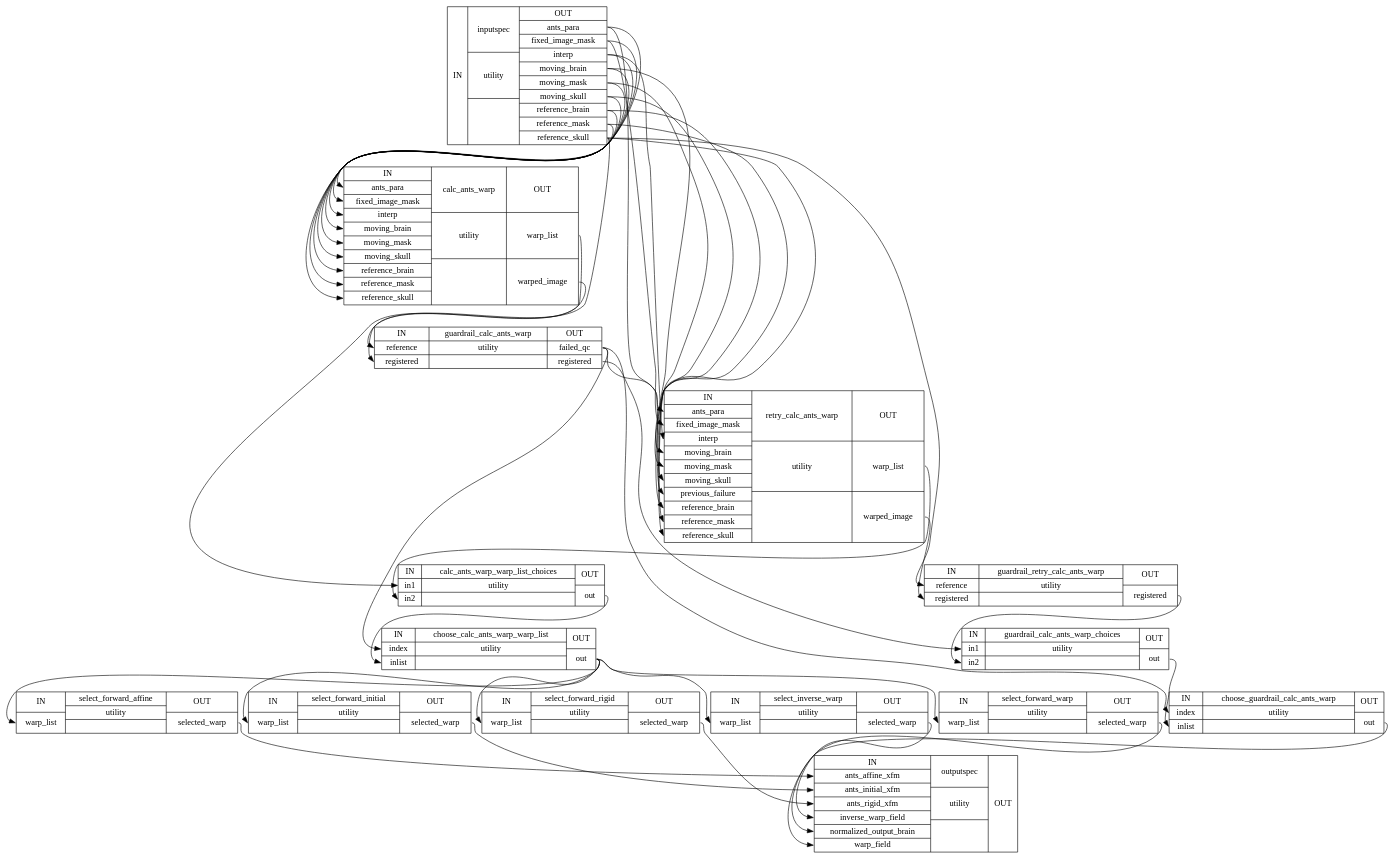
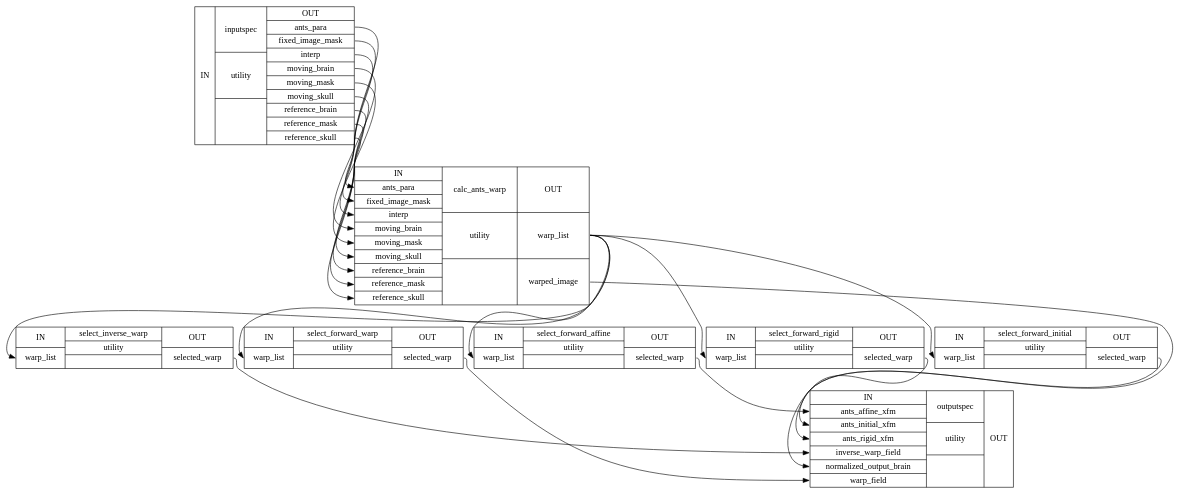
One commit to shnizzedy/fcp-indi.github.io changed the diagram in docs/nightly/developer/workflows/images/generated/calculate_ants_warp_detailed.dot. Above: the diagram before and after it, drawn with Graphviz. The commit also changed 46 other files, not shown here.

```diff
--- a/docs/nightly/developer/workflows/images/generated/calculate_ants_warp_detailed.dot
+++ b/docs/nightly/developer/workflows/images/generated/calculate_ants_warp_detailed.dot
@@ -1,60 +1,31 @@
 digraph structs {
 node [shape=record];
 "create_wf_calculate_ants_warpinputspec" [label="{IN}|{ inputspec | utility |  }|{OUT|<outantspara> ants_para|<outfixedimagemask> fixed_image_mask|<outinterp> interp|<outmovingbrain> moving_brain|<outmovingmask> moving_mask|<outmovingskull> moving_skull|<outreferencebrain> reference_brain|<outreferencemask> reference_mask|<outreferenceskull> reference_skull}"];
 "create_wf_calculate_ants_warpcalc_ants_warp" [label="{IN|<inantspara> ants_para|<infixedimagemask> fixed_image_mask|<ininterp> interp|<inmovingbrain> moving_brain|<inmovingmask> moving_mask|<inmovingskull> moving_skull|<inreferencebrain> reference_brain|<inreferencemask> reference_mask|<inreferenceskull> reference_skull}|{ calc_ants_warp | utility |  }|{OUT|<outwarplist> warp_list|<outwarpedimage> warped_image}"];
-"create_wf_calculate_ants_warpguardrail_calc_ants_warp" [label="{IN|<inreference> reference|<inregistered> registered}|{ guardrail_calc_ants_warp | utility |  }|{OUT|<outfailedqc> failed_qc|<outregistered> registered}"];
-"create_wf_calculate_ants_warpretry_calc_ants_warp" [label="{IN|<inantspara> ants_para|<infixedimagemask> fixed_image_mask|<ininterp> interp|<inmovingbrain> moving_brain|<inmovingmask> moving_mask|<inmovingskull> moving_skull|<inpreviousfailure> previous_failure|<inreferencebrain> reference_brain|<inreferencemask> reference_mask|<inreferenceskull> reference_skull}|{ retry_calc_ants_warp | utility |  }|{OUT|<outwarplist> warp_list|<outwarpedimage> warped_image}"];
-"create_wf_calculate_ants_warpcalc_ants_warp_warp_list_choices" [label="{IN|<inin1> in1|<inin2> in2}|{ calc_ants_warp_warp_list_choices | utility |  }|{OUT|<outout> out}"];
-"create_wf_calculate_ants_warpchoose_calc_ants_warp_warp_list" [label="{IN|<inindex> index|<ininlist> inlist}|{ choose_calc_ants_warp_warp_list | utility |  }|{OUT|<outout> out}"];
 "create_wf_calculate_ants_warpselect_inverse_warp" [label="{IN|<inwarplist> warp_list}|{ select_inverse_warp | utility |  }|{OUT|<outselectedwarp> selected_warp}"];
 "create_wf_calculate_ants_warpselect_forward_warp" [label="{IN|<inwarplist> warp_list}|{ select_forward_warp | utility |  }|{OUT|<outselectedwarp> selected_warp}"];
 "create_wf_calculate_ants_warpselect_forward_affine" [label="{IN|<inwarplist> warp_list}|{ select_forward_affine | utility |  }|{OUT|<outselectedwarp> selected_warp}"];
 "create_wf_calculate_ants_warpselect_forward_rigid" [label="{IN|<inwarplist> warp_list}|{ select_forward_rigid | utility |  }|{OUT|<outselectedwarp> selected_warp}"];
 "create_wf_calculate_ants_warpselect_forward_initial" [label="{IN|<inwarplist> warp_list}|{ select_forward_initial | utility |  }|{OUT|<outselectedwarp> selected_warp}"];
-"create_wf_calculate_ants_warpguardrail_retry_calc_ants_warp" [label="{IN|<inreference> reference|<inregistered> registered}|{ guardrail_retry_calc_ants_warp | utility |  }|{OUT|<outregistered> registered}"];
-"create_wf_calculate_ants_warpguardrail_calc_ants_warp_choices" [label="{IN|<inin1> in1|<inin2> in2}|{ guardrail_calc_ants_warp_choices | utility |  }|{OUT|<outout> out}"];
-"create_wf_calculate_ants_warpchoose_guardrail_calc_ants_warp" [label="{IN|<inindex> index|<ininlist> inlist}|{ choose_guardrail_calc_ants_warp | utility |  }|{OUT|<outout> out}"];
 "create_wf_calculate_ants_warpoutputspec" [label="{IN|<inantsaffinexfm> ants_affine_xfm|<inantsinitialxfm> ants_initial_xfm|<inantsrigidxfm> ants_rigid_xfm|<ininversewarpfield> inverse_warp_field|<innormalizedoutputbrain> normalized_output_brain|<inwarpfield> warp_field}|{ outputspec | utility |  }|{OUT}"];
-"create_wf_calculate_ants_warpcalc_ants_warp":"outwarpedimage":e -> "create_wf_calculate_ants_warpguardrail_calc_ants_warp":"inregistered":w;
-"create_wf_calculate_ants_warpcalc_ants_warp":"outwarplist":e -> "create_wf_calculate_ants_warpcalc_ants_warp_warp_list_choices":"inin1":w;
-"create_wf_calculate_ants_warpcalc_ants_warp_warp_list_choices":"outout":e -> "create_wf_calculate_ants_warpchoose_calc_ants_warp_warp_list":"ininlist":w;
-"create_wf_calculate_ants_warpchoose_calc_ants_warp_warp_list":"outout":e -> "create_wf_calculate_ants_warpselect_forward_affine":"inwarplist":w;
-"create_wf_calculate_ants_warpchoose_calc_ants_warp_warp_list":"outout":e -> "create_wf_calculate_ants_warpselect_forward_initial":"inwarplist":w;
-"create_wf_calculate_ants_warpchoose_calc_ants_warp_warp_list":"outout":e -> "create_wf_calculate_ants_warpselect_forward_rigid":"inwarplist":w;
-"create_wf_calculate_ants_warpchoose_calc_ants_warp_warp_list":"outout":e -> "create_wf_calculate_ants_warpselect_forward_warp":"inwarplist":w;
-"create_wf_calculate_ants_warpchoose_calc_ants_warp_warp_list":"outout":e -> "create_wf_calculate_ants_warpselect_inverse_warp":"inwarplist":w;
-"create_wf_calculate_ants_warpchoose_guardrail_calc_ants_warp":"outout":e -> "create_wf_calculate_ants_warpoutputspec":"innormalizedoutputbrain":w;
-"create_wf_calculate_ants_warpguardrail_calc_ants_warp":"outfailedqc":e -> "create_wf_calculate_ants_warpchoose_calc_ants_warp_warp_list":"inindex":w;
-"create_wf_calculate_ants_warpguardrail_calc_ants_warp":"outfailedqc":e -> "create_wf_calculate_ants_warpchoose_guardrail_calc_ants_warp":"inindex":w;
-"create_wf_calculate_ants_warpguardrail_calc_ants_warp":"outfailedqc":e -> "create_wf_calculate_ants_warpretry_calc_ants_warp":"inpreviousfailure":w;
-"create_wf_calculate_ants_warpguardrail_calc_ants_warp":"outregistered":e -> "create_wf_calculate_ants_warpguardrail_calc_ants_warp_choices":"inin1":w;
-"create_wf_calculate_ants_warpguardrail_calc_ants_warp_choices":"outout":e -> "create_wf_calculate_ants_warpchoose_guardrail_calc_ants_warp":"ininlist":w;
-"create_wf_calculate_ants_warpguardrail_retry_calc_ants_warp":"outregistered":e -> "create_wf_calculate_ants_warpguardrail_calc_ants_warp_choices":"inin2":w;
+"create_wf_calculate_ants_warpcalc_ants_warp":"outwarpedimage":e -> "create_wf_calculate_ants_warpoutputspec":"innormalizedoutputbrain":w;
+"create_wf_calculate_ants_warpcalc_ants_warp":"outwarplist":e -> "create_wf_calculate_ants_warpselect_forward_affine":"inwarplist":w;
+"create_wf_calculate_ants_warpcalc_ants_warp":"outwarplist":e -> "create_wf_calculate_ants_warpselect_forward_initial":"inwarplist":w;
+"create_wf_calculate_ants_warpcalc_ants_warp":"outwarplist":e -> "create_wf_calculate_ants_warpselect_forward_rigid":"inwarplist":w;
+"create_wf_calculate_ants_warpcalc_ants_warp":"outwarplist":e -> "create_wf_calculate_ants_warpselect_forward_warp":"inwarplist":w;
+"create_wf_calculate_ants_warpcalc_ants_warp":"outwarplist":e -> "create_wf_calculate_ants_warpselect_inverse_warp":"inwarplist":w;
 "create_wf_calculate_ants_warpinputspec":"outantspara":e -> "create_wf_calculate_ants_warpcalc_ants_warp":"inantspara":w;
-"create_wf_calculate_ants_warpinputspec":"outantspara":e -> "create_wf_calculate_ants_warpretry_calc_ants_warp":"inantspara":w;
 "create_wf_calculate_ants_warpinputspec":"outfixedimagemask":e -> "create_wf_calculate_ants_warpcalc_ants_warp":"infixedimagemask":w;
-"create_wf_calculate_ants_warpinputspec":"outfixedimagemask":e -> "create_wf_calculate_ants_warpretry_calc_ants_warp":"infixedimagemask":w;
 "create_wf_calculate_ants_warpinputspec":"outinterp":e -> "create_wf_calculate_ants_warpcalc_ants_warp":"ininterp":w;
-"create_wf_calculate_ants_warpinputspec":"outinterp":e -> "create_wf_calculate_ants_warpretry_calc_ants_warp":"ininterp":w;
 "create_wf_calculate_ants_warpinputspec":"outmovingbrain":e -> "create_wf_calculate_ants_warpcalc_ants_warp":"inmovingbrain":w;
-"create_wf_calculate_ants_warpinputspec":"outmovingbrain":e -> "create_wf_calculate_ants_warpretry_calc_ants_warp":"inmovingbrain":w;
 "create_wf_calculate_ants_warpinputspec":"outmovingmask":e -> "create_wf_calculate_ants_warpcalc_ants_warp":"inmovingmask":w;
-"create_wf_calculate_ants_warpinputspec":"outmovingmask":e -> "create_wf_calculate_ants_warpretry_calc_ants_warp":"inmovingmask":w;
 "create_wf_calculate_ants_warpinputspec":"outmovingskull":e -> "create_wf_calculate_ants_warpcalc_ants_warp":"inmovingskull":w;
-"create_wf_calculate_ants_warpinputspec":"outmovingskull":e -> "create_wf_calculate_ants_warpretry_calc_ants_warp":"inmovingskull":w;
 "create_wf_calculate_ants_warpinputspec":"outreferencebrain":e -> "create_wf_calculate_ants_warpcalc_ants_warp":"inreferencebrain":w;
-"create_wf_calculate_ants_warpinputspec":"outreferencebrain":e -> "create_wf_calculate_ants_warpretry_calc_ants_warp":"inreferencebrain":w;
 "create_wf_calculate_ants_warpinputspec":"outreferencemask":e -> "create_wf_calculate_ants_warpcalc_ants_warp":"inreferencemask":w;
-"create_wf_calculate_ants_warpinputspec":"outreferencemask":e -> "create_wf_calculate_ants_warpretry_calc_ants_warp":"inreferencemask":w;
 "create_wf_calculate_ants_warpinputspec":"outreferenceskull":e -> "create_wf_calculate_ants_warpcalc_ants_warp":"inreferenceskull":w;
-"create_wf_calculate_ants_warpinputspec":"outreferenceskull":e -> "create_wf_calculate_ants_warpguardrail_calc_ants_warp":"inreference":w;
-"create_wf_calculate_ants_warpinputspec":"outreferenceskull":e -> "create_wf_calculate_ants_warpguardrail_retry_calc_ants_warp":"inreference":w;
-"create_wf_calculate_ants_warpinputspec":"outreferenceskull":e -> "create_wf_calculate_ants_warpretry_calc_ants_warp":"inreferenceskull":w;
-"create_wf_calculate_ants_warpretry_calc_ants_warp":"outwarpedimage":e -> "create_wf_calculate_ants_warpguardrail_retry_calc_ants_warp":"inregistered":w;
-"create_wf_calculate_ants_warpretry_calc_ants_warp":"outwarplist":e -> "create_wf_calculate_ants_warpcalc_ants_warp_warp_list_choices":"inin2":w;
 "create_wf_calculate_ants_warpselect_forward_affine":"outselectedwarp":e -> "create_wf_calculate_ants_warpoutputspec":"inantsaffinexfm":w;
 "create_wf_calculate_ants_warpselect_forward_initial":"outselectedwarp":e -> "create_wf_calculate_ants_warpoutputspec":"inantsinitialxfm":w;
 "create_wf_calculate_ants_warpselect_forward_rigid":"outselectedwarp":e -> "create_wf_calculate_ants_warpoutputspec":"inantsrigidxfm":w;
 "create_wf_calculate_ants_warpselect_forward_warp":"outselectedwarp":e -> "create_wf_calculate_ants_warpoutputspec":"inwarpfield":w;
 "create_wf_calculate_ants_warpselect_inverse_warp":"outselectedwarp":e -> "create_wf_calculate_ants_warpoutputspec":"ininversewarpfield":w;
 }
```
